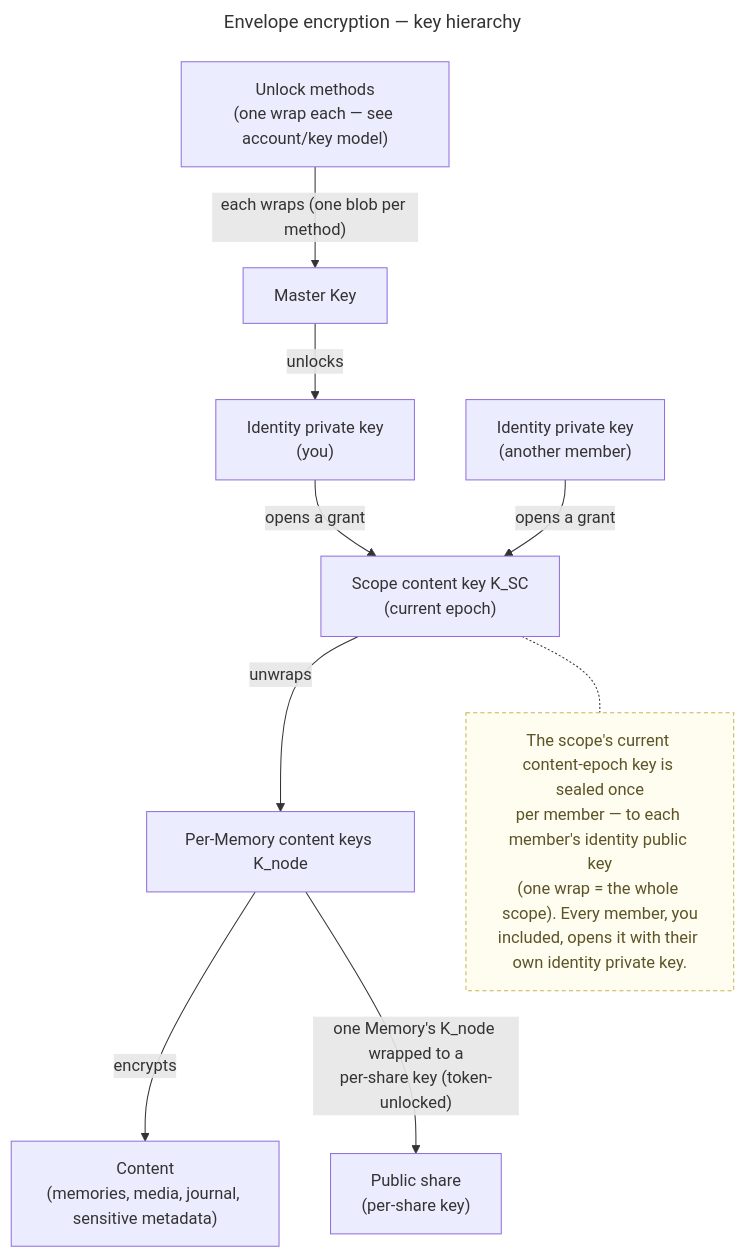
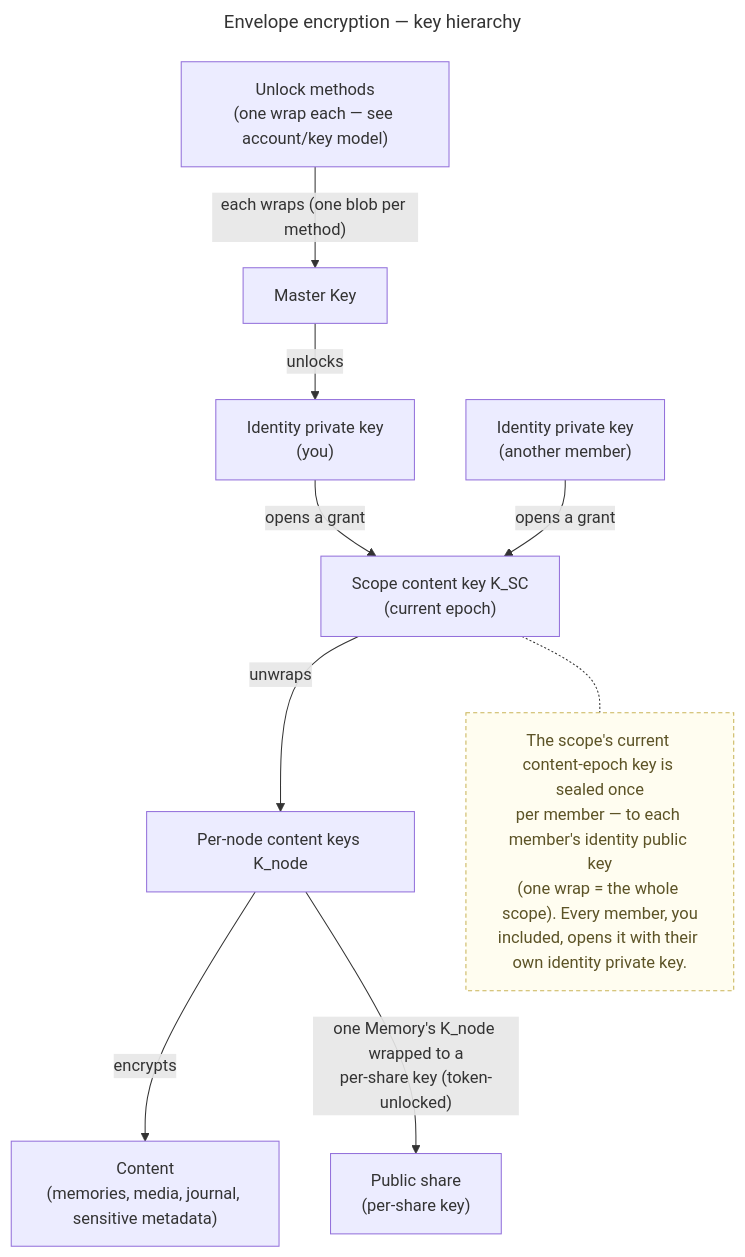
One commit to raddatzk/veyq changed the diagram in docs/crosscutting/security-model.md. Above: the diagram before and after it, drawn with Mermaid. The commit also changed other lines of this file and 28 other files, not shown here.

````diff
--- a/docs/crosscutting/security-model.md
+++ b/docs/crosscutting/security-model.md
@@ -285,27 +285,27 @@
 ```mermaid
 ---
 title: Envelope encryption — key hierarchy
 ---
 flowchart TB
   unlock["Unlock methods<br>(one wrap each — see account/key model)"]
   muk["Master Key"]
   idk["Identity private key<br>(you)"]
   idk2["Identity private key<br>(another member)"]
   ksc["Scope content key K_SC<br>(current epoch)"]
-  knode["Per-Memory content keys K_node"]
+  knode["Per-node content keys K_node"]
   content["Content<br>(memories, media, journal, sensitive metadata)"]
   share["Public share<br>(per-share key)"]
   NB["The scope's current content-epoch key is sealed once<br>per member — to each member's identity public key<br>(one wrap = the whole scope). Every member, you<br>included, opens it with their own identity private key."]
 
   unlock -->|"each wraps (one blob per method)"| muk
   muk -->|"unlocks"| idk
   idk -->|"opens a grant"| ksc
   idk2 -->|"opens a grant"| ksc
   ksc -->|"unwraps"| knode
   knode -->|"encrypts"| content
   knode -->|"one Memory's K_node wrapped to a<br>per-share key (token-unlocked)"| share
   ksc -.- NB
 
   classDef note fill:#fffdf0,stroke:#c9b458,stroke-dasharray:4 3,color:#5c5326
   class NB note
 ```
````
